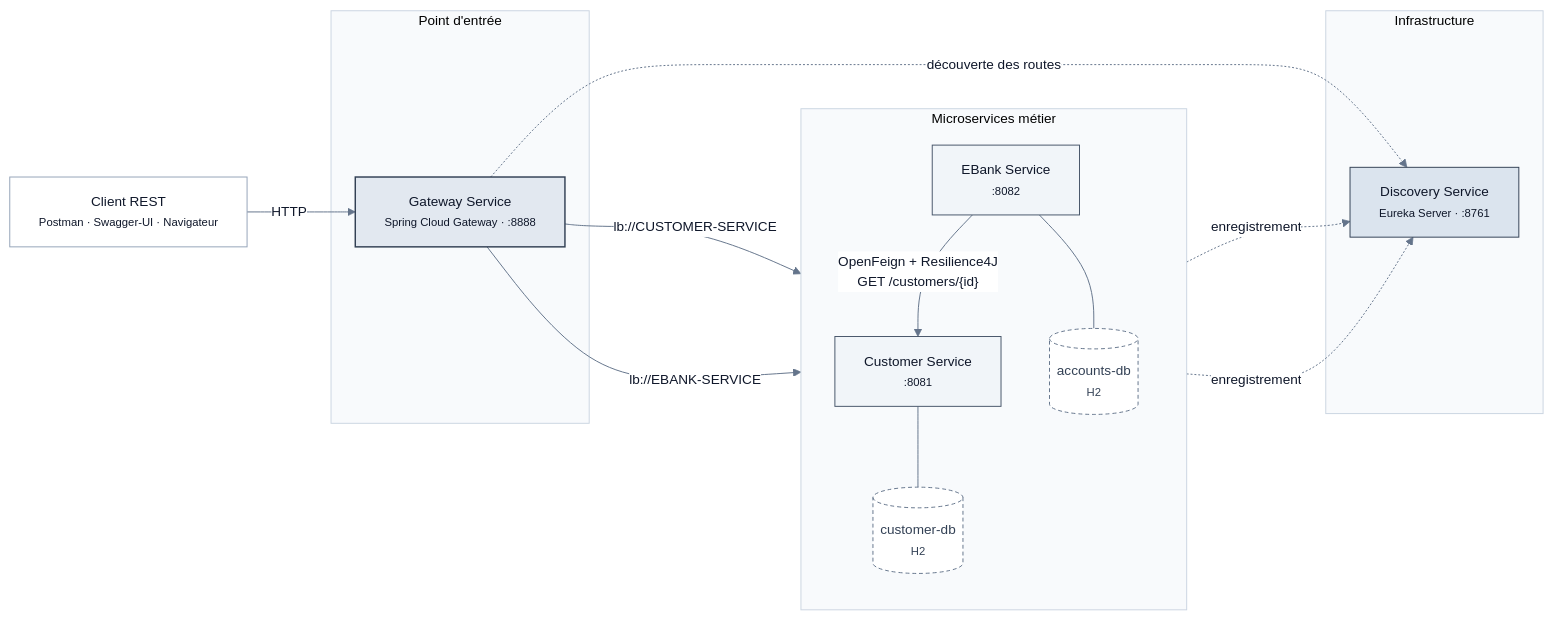
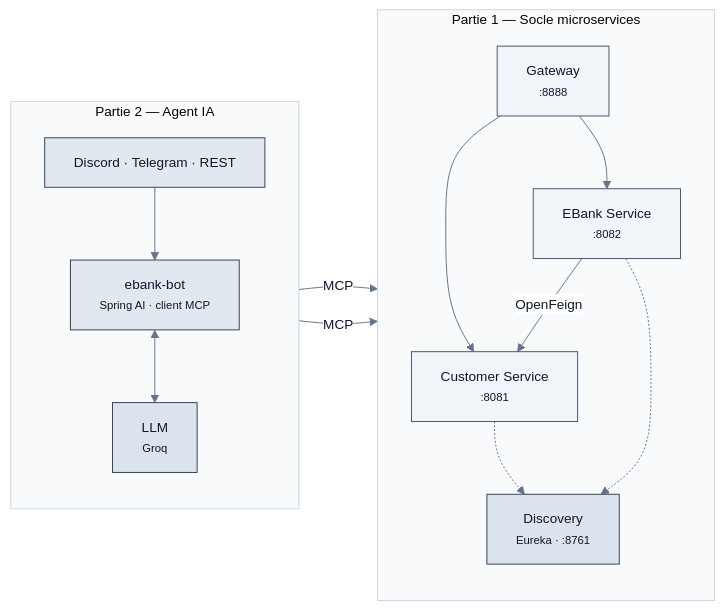
One commit to charly-zoungrana/ebank-microservices-project changed the diagram in README.md. Above: the diagram before and after it, drawn with Mermaid. The commit also changed other lines of this file, not shown here.

````diff
--- a/README.md
+++ b/README.md
@@ -68,43 +34,35 @@
 ```mermaid
 %%{init: {'theme':'base','themeVariables':{'fontFamily':'Segoe UI, Helvetica, Arial, sans-serif','fontSize':'14px','primaryColor':'#F1F5F9','primaryBorderColor':'#475569','primaryTextColor':'#0F172A','lineColor':'#64748B','clusterBkg':'#F8FAFC','clusterBorder':'#CBD5E1','edgeLabelBackground':'#FFFFFF'}}}%%
 flowchart LR
-    CLIENT["Client REST<br/><small>Postman · Swagger-UI · Navigateur</small>"]
-
-    subgraph EDGE["Point d'entrée"]
-        GW["Gateway Service<br/><small>Spring Cloud Gateway · :8888</small>"]
+    subgraph P2["Partie 2 — Agent IA"]
+        direction TB
+        CH["Discord · Telegram · REST"]
+        BOT["ebank-bot<br/><small>Spring AI · client MCP</small>"]
+        LLM["LLM<br/><small>Groq</small>"]
+        CH --> BOT
+        BOT <--> LLM
     end
 
-    subgraph BUSINESS["Microservices métier"]
+    subgraph P1["Partie 1 — Socle microservices"]
         direction TB
+        GW["Gateway<br/><small>:8888</small>"]
         CS["Customer Service<br/><small>:8081</small>"]
         ES["EBank Service<br/><small>:8082</small>"]
-        CDB[("customer-db<br/><small>H2</small>")]
-        ADB[("accounts-db<br/><small>H2</small>")]
-        CS --- CDB
-        ES --- ADB
+        DS["Discovery<br/><small>Eureka · :8761</small>"]
+        GW --> CS
+        GW --> ES
+        ES -->|"OpenFeign"| CS
+        CS -.-> DS
+        ES -.-> DS
     end
 
-    subgraph INFRA["Infrastructure"]
-        DS["Discovery Service<br/><small>Eureka Server · :8761</small>"]
-    end
+    BOT -->|"MCP"| CS
+    BOT -->|"MCP"| ES
 
-    CLIENT -->|"HTTP"| GW
-    GW -->|"lb://CUSTOMER-SERVICE"| CS
-    GW -->|"lb://EBANK-SERVICE"| ES
-    ES -->|"OpenFeign + Resilience4J<br/>GET /customers/{id}"| CS
-
-    CS -.->|"enregistrement"| DS
-    ES -.->|"enregistrement"| DS
-    GW -.->|"découverte des routes"| DS
-
-    classDef client fill:#FFFFFF,stroke:#94A3B8,color:#0F172A
-    classDef edge fill:#E2E8F0,stroke:#334155,color:#0F172A,stroke-width:1.5px
-    classDef svc fill:#F1F5F9,stroke:#475569,color:#0F172A
-    classDef infra fill:#DBE4EE,stroke:#334155,color:#0F172A
-    classDef db fill:#FFFFFF,stroke:#64748B,color:#334155,stroke-dasharray:4 3
-    class CLIENT client
-    class GW edge
-    class CS,ES svc
-    class DS infra
-    class CDB,ADB db
+    classDef p1 fill:#F1F5F9,stroke:#475569,color:#0F172A
+    classDef p2 fill:#E2E8F0,stroke:#334155,color:#0F172A
+    classDef ext fill:#DBE4EE,stroke:#334155,color:#0F172A
+    class GW,CS,ES p1
+    class CH,BOT p2
+    class LLM,DS ext
 ```
````
